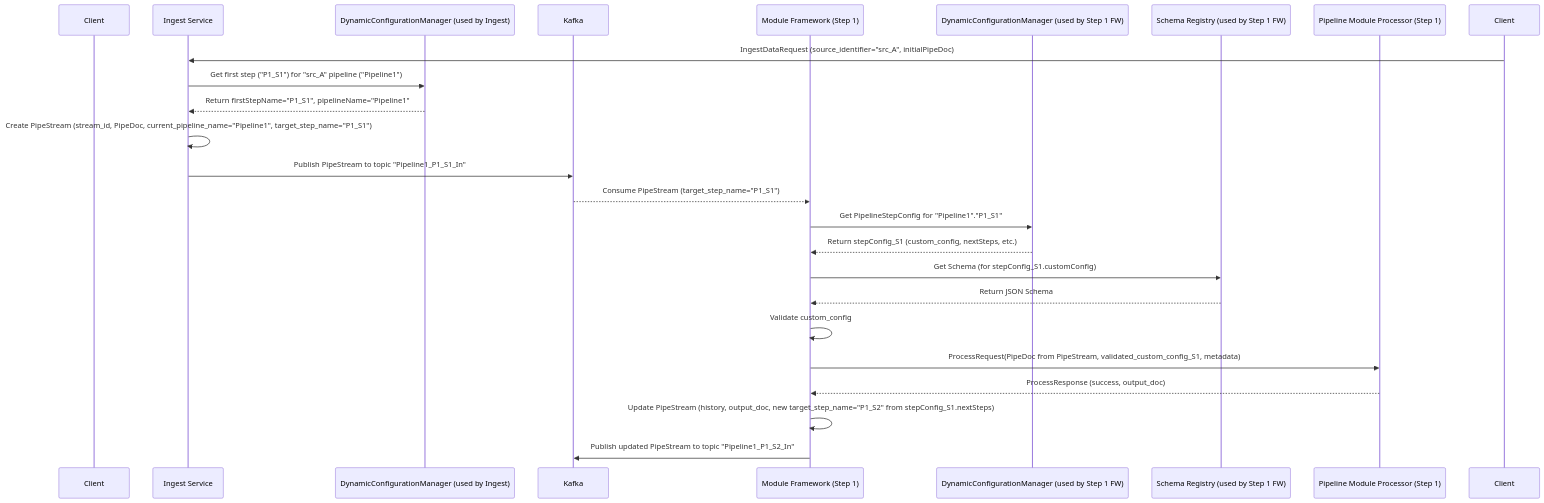
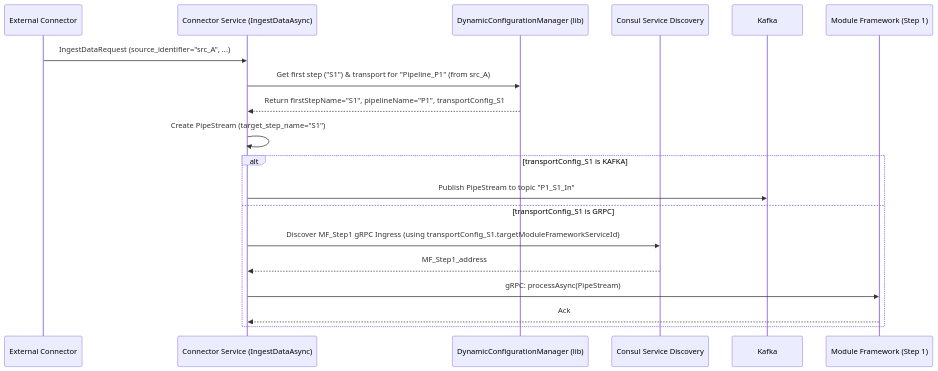
Before and after one commit to krickert/micronaut-multiproject-example: the second of 3 diagrams in docs/architecture_overview.md, drawn with Mermaid. The commit also changed other lines of this file and 5 other files, not shown here.

````diff
--- a/docs/architecture_overview.md
+++ b/docs/architecture_overview.md
@@ -258,29 +177,23 @@
 ```mermaid
 sequenceDiagram
-    participant ExternalClient as Client
-    participant InitialEngineLogic as Ingest Service
-    participant DCM_Initial as DynamicConfigurationManager (used by Ingest)
+    participant ExtConnector as External Connector
+    participant ConnectorService as Connector Service (IngestDataAsync)
+    participant DCM_CS as DynamicConfigurationManager (lib)
+    participant Consul_SD as Consul Service Discovery
     participant Kafka
-    participant Step1_Framework as Module Framework (Step 1)
-    participant DCM1 as DynamicConfigurationManager (used by Step 1 FW)
-    participant SchemaRegistry1 as Schema Registry (used by Step 1 FW)
-    participant Processor1 as Pipeline Module Processor (Step 1)
+    participant MF_Step1 as Module Framework (Step 1)
 
-    Client->>InitialEngineLogic: IngestDataRequest (source_identifier="src_A", initialPipeDoc)
-    InitialEngineLogic->>DCM_Initial: Get first step ("P1_S1") for "src_A" pipeline ("Pipeline1")
-    DCM_Initial-->>InitialEngineLogic: Return firstStepName="P1_S1", pipelineName="Pipeline1"
-    InitialEngineLogic->>InitialEngineLogic: Create PipeStream (stream_id, PipeDoc, current_pipeline_name="Pipeline1", target_step_name="P1_S1")
-    InitialEngineLogic->>Kafka: Publish PipeStream to topic "Pipeline1_P1_S1_In"
+    ExtConnector->>ConnectorService: IngestDataRequest (source_identifier="src_A", ...)
+    ConnectorService->>DCM_CS: Get first step ("S1") & transport for "Pipeline_P1" (from src_A)
+    DCM_CS-->>ConnectorService: Return firstStepName="S1", pipelineName="P1", transportConfig_S1
+    ConnectorService->>ConnectorService: Create PipeStream (target_step_name="S1")
 
-    Kafka-->>Step1_Framework: Consume PipeStream (target_step_name="P1_S1")
-    Step1_Framework->>DCM1: Get PipelineStepConfig for "Pipeline1"."P1_S1"
-    DCM1-->>Step1_Framework: Return stepConfig_S1 (custom_config, nextSteps, etc.)
-    Step1_Framework->>SchemaRegistry1: Get Schema (for stepConfig_S1.customConfig)
-    SchemaRegistry1-->>Step1_Framework: Return JSON Schema
-    Step1_Framework->>Step1_Framework: Validate custom_config
-    Step1_Framework->>Processor1: ProcessRequest(PipeDoc from PipeStream, validated_custom_config_S1, metadata)
-    Processor1-->>Step1_Framework: ProcessResponse (success, output_doc)
-    
-    Step1_Framework->>Step1_Framework: Update PipeStream (history, output_doc, new target_step_name="P1_S2" from stepConfig_S1.nextSteps)
-    Step1_Framework->>Kafka: Publish updated PipeStream to topic "Pipeline1_P1_S2_In"
+    alt transportConfig_S1 is KAFKA
+        ConnectorService->>Kafka: Publish PipeStream to topic "P1_S1_In"
+    else transportConfig_S1 is GRPC
+        ConnectorService->>Consul_SD: Discover MF_Step1 gRPC Ingress (using transportConfig_S1.targetModuleFrameworkServiceId)
+        Consul_SD-->>ConnectorService: MF_Step1_address
+        ConnectorService->>MF_Step1: gRPC: processAsync(PipeStream)
+        MF_Step1-->>ConnectorService: Ack
+    end
 ```
````
